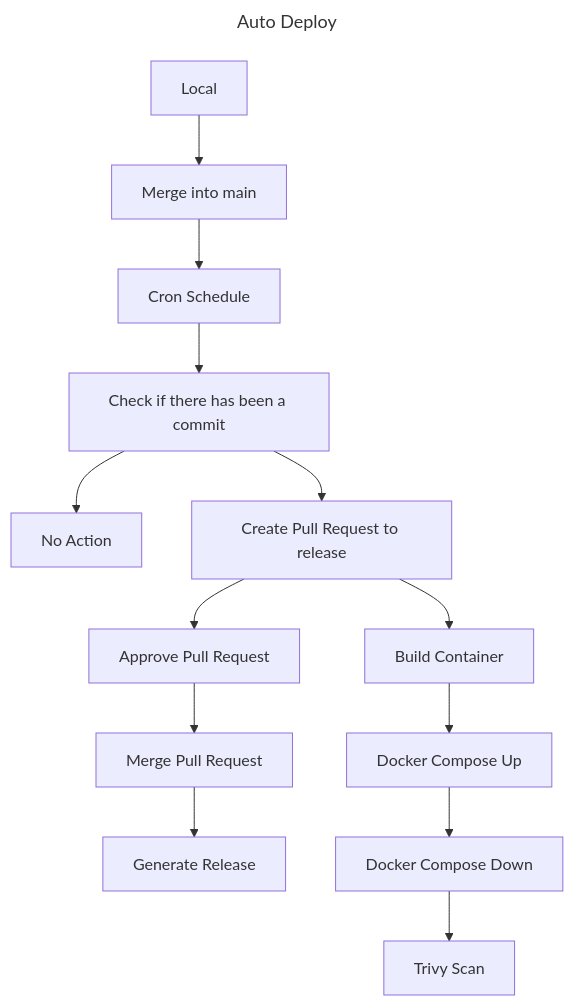
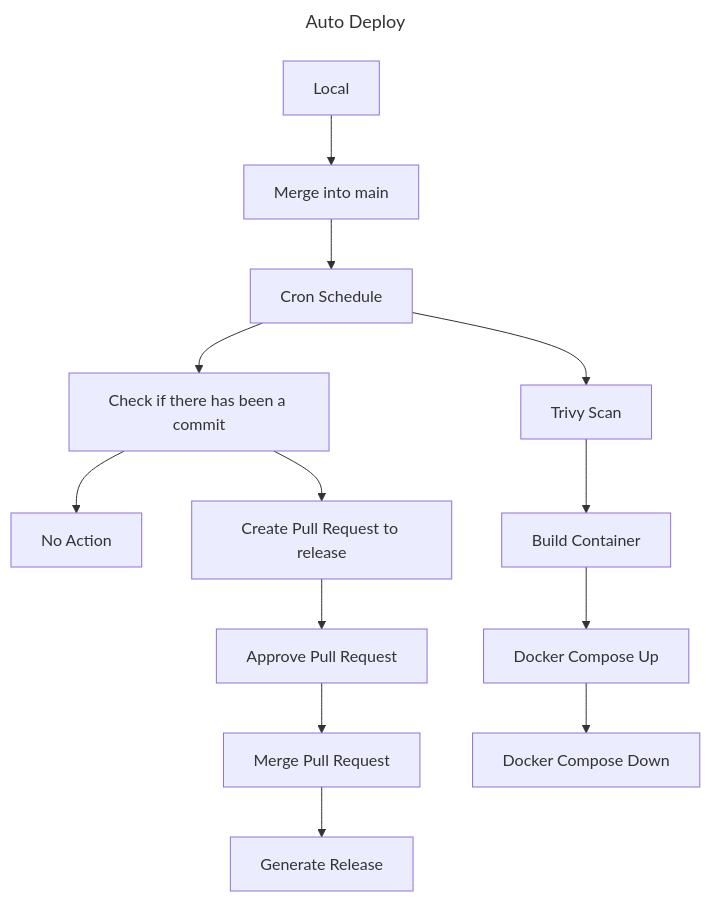
One commit to Bombarding/build-and-publish changed the diagram in README.md. Above: the diagram before and after it, drawn with Mermaid. The commit also changed 1 other file, not shown here.

Commit message:
`update ci`

````diff
--- a/README.md
+++ b/README.md
@@ -3,18 +3,18 @@
 ```mermaid
 ---
 title: Auto Deploy
 ---
 graph TD;
     A[Local]-->B[Merge into main];
     C[Cron Schedule]-->D[Check if there has been a commit];
     B-->C;
     D-->E[No Action];
     D-->F[Create Pull Request to release];
     F-->G[Approve Pull Request];
-    F-->I[Build Container];
+    L-->I[Build Container];
     G-->H[Merge Pull Request];
     H-->M[Generate Release];
     I-->J[Docker Compose Up];
     J-->K[Docker Compose Down];
-    K-->L[Trivy Scan];
+    C-->L[Trivy Scan];
 ```
````
